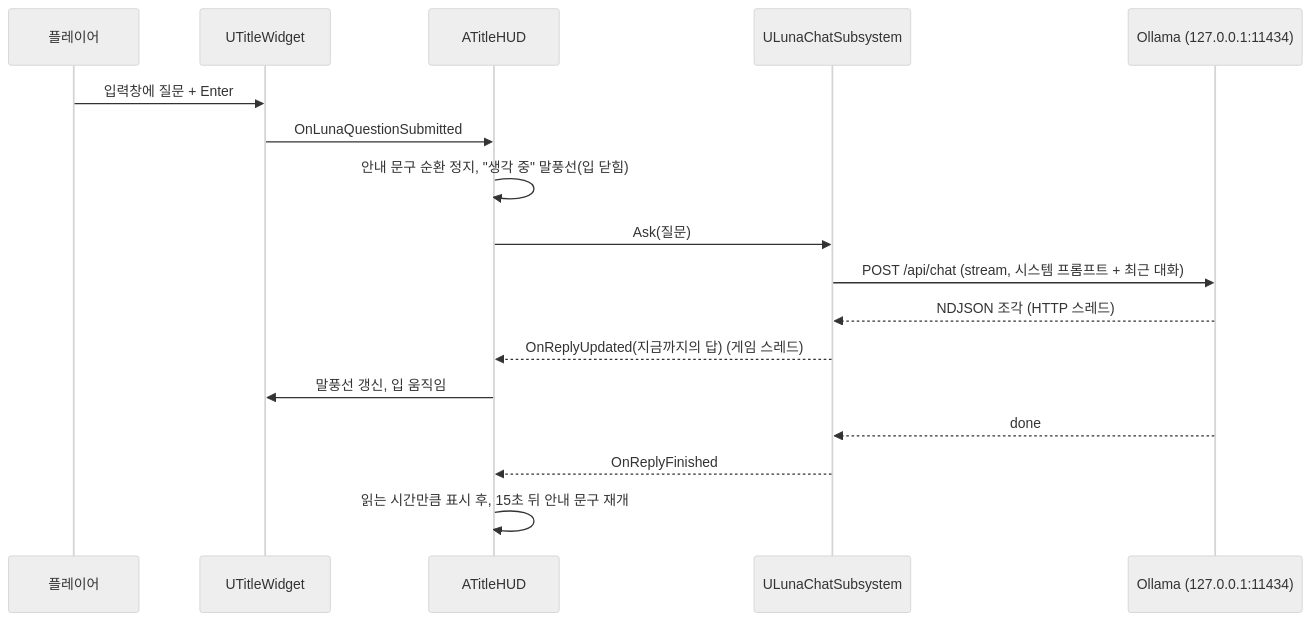
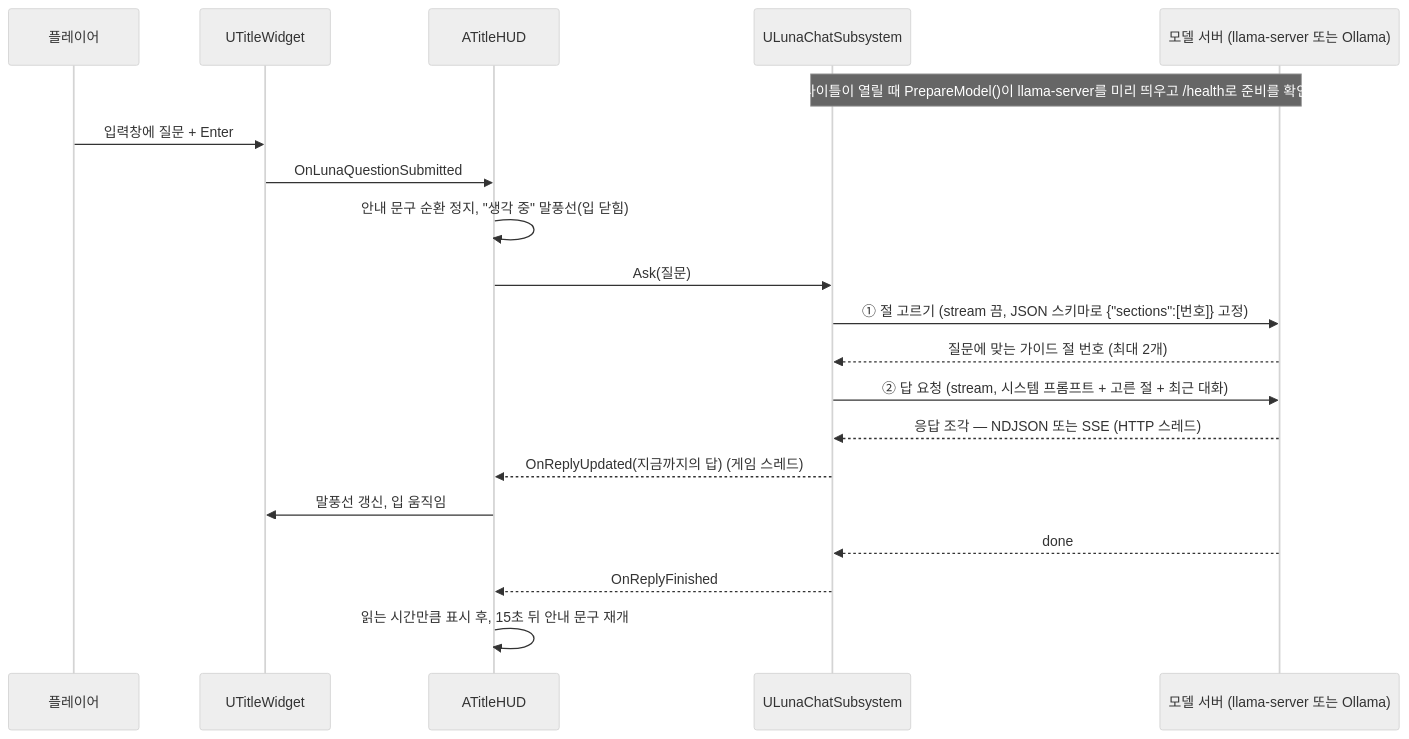
The diagram in Docs/LunaChat.md (wighs33/Pandora-Battle), drawn with Mermaid (neutral theme) before and after one commit. The commit also changed other lines of this file and 2 other files, not shown here.

````diff
--- a/Docs/LunaChat.md
+++ b/Docs/LunaChat.md
@@ -9,19 +10,22 @@
 ```mermaid
 sequenceDiagram
     participant P as 플레이어
     participant W as UTitleWidget
     participant H as ATitleHUD
     participant L as ULunaChatSubsystem
-    participant O as Ollama (127.0.0.1:11434)
+    participant O as 모델 서버 (llama-server 또는 Ollama)
+    Note over L,O: 타이틀이 열릴 때 PrepareModel()이 llama-server를 미리 띄우고 /health로 준비를 확인
     P->>W: 입력창에 질문 + Enter
     W->>H: OnLunaQuestionSubmitted
     H->>H: 안내 문구 순환 정지, "생각 중" 말풍선(입 닫힘)
     H->>L: Ask(질문)
-    L->>O: POST /api/chat (stream, 시스템 프롬프트 + 최근 대화)
-    O-->>L: NDJSON 조각 (HTTP 스레드)
+    L->>O: ① 절 고르기 (stream 끔, JSON 스키마로 {"sections":[번호]} 고정)
+    O-->>L: 질문에 맞는 가이드 절 번호 (최대 2개)
+    L->>O: ② 답 요청 (stream, 시스템 프롬프트 + 고른 절 + 최근 대화)
+    O-->>L: 응답 조각 — NDJSON 또는 SSE (HTTP 스레드)
     L-->>H: OnReplyUpdated(지금까지의 답) (게임 스레드)
     H->>W: 말풍선 갱신, 입 움직임
     O-->>L: done
     L-->>H: OnReplyFinished
     H->>H: 읽는 시간만큼 표시 후, 15초 뒤 안내 문구 재개
 ```
````
